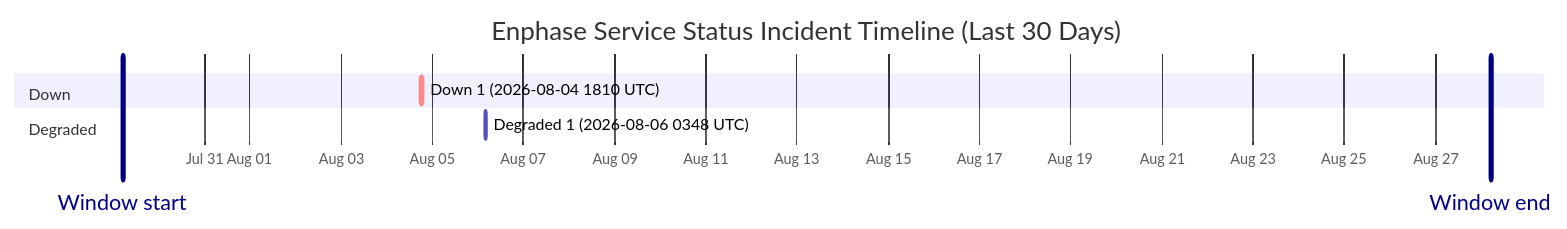
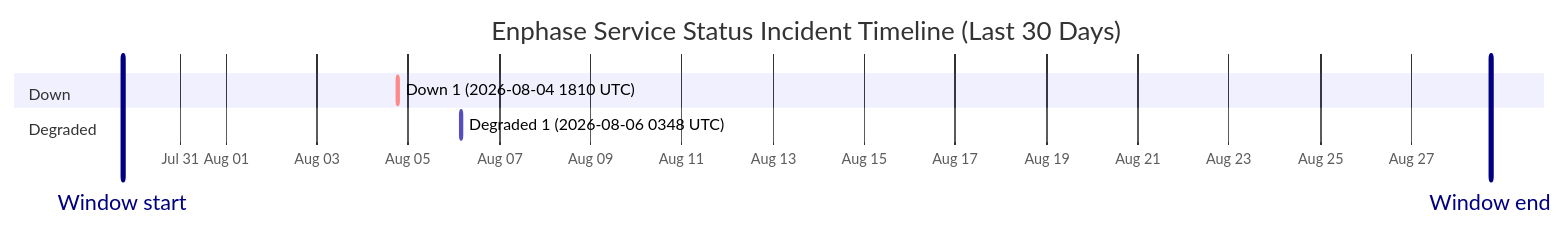
Before and after one commit to barneyonline/ha-enphase-energy: the diagram in wiki/Service-Status-History.md, drawn with Mermaid. The commit also changed other lines of this file and 3 other files, not shown here.

````diff
--- a/wiki/Service-Status-History.md
+++ b/wiki/Service-Status-History.md
@@ -14,12 +14,12 @@
 ```mermaid
 gantt
     title Enphase Service Status Incident Timeline (Last 30 Days)
     dateFormat  YYYY-MM-DDTHH:mm:ss
     axisFormat  %b %d
-    Window start :vert, window-start, 2026-07-29T05:06:41, 0ms
-    Window end :vert, window-end, 2026-08-28T05:06:41, 0ms
+    Window start :vert, window-start, 2026-07-29T17:36:27, 0ms
+    Window end :vert, window-end, 2026-08-28T17:36:27, 0ms
     section Down
     Down 1 (2026-08-04 1810 UTC) :crit, down-1, 2026-08-04T18:10:46, 60m
     section Degraded
     Degraded 1 (2026-08-06 0348 UTC) :active, degraded-1, 2026-08-06T03:48:14, 60m
 ```
````
